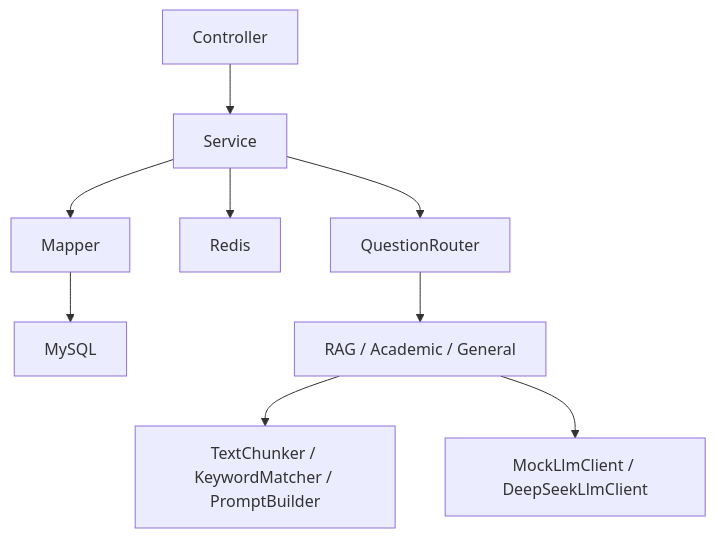
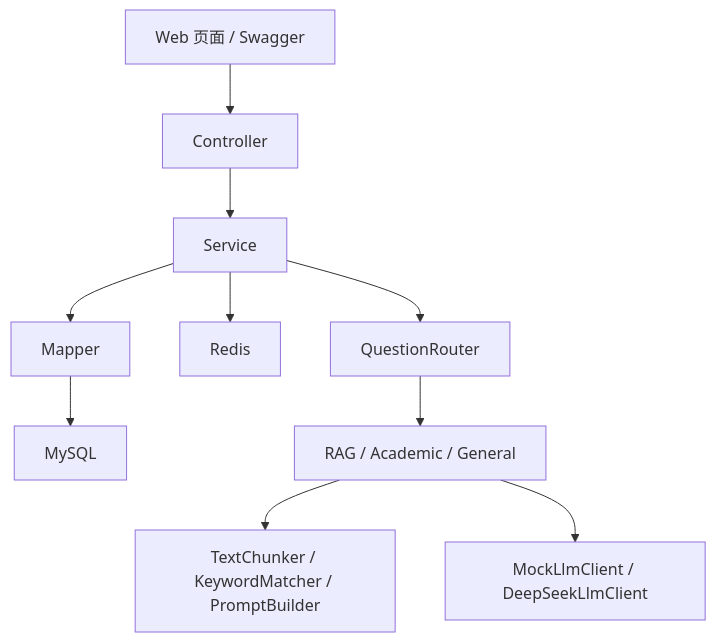
One commit to SodaWWater/campus-ai-assistant changed the first of 2 diagrams in README.md. Above: the diagram before and after it, drawn with Mermaid. The commit also changed other lines of this file, not shown here.

Commit message:
Document static web UI and clean startup path

````diff
--- a/README.md
+++ b/README.md
@@ -34,11 +36,12 @@
 ```mermaid
 flowchart TD
-    A["Controller"] --> B["Service"]
-    B --> C["Mapper"]
-    C --> D["MySQL"]
-    B --> E["Redis"]
-    B --> F["QuestionRouter"]
-    F --> G["RAG / Academic / General"]
-    G --> H["TextChunker / KeywordMatcher / PromptBuilder"]
-    G --> I["MockLlmClient / DeepSeekLlmClient"]
+    A["Web 页面 / Swagger"] --> B["Controller"]
+    B --> C["Service"]
+    C --> D["Mapper"]
+    D --> E["MySQL"]
+    C --> F["Redis"]
+    C --> G["QuestionRouter"]
+    G --> H["RAG / Academic / General"]
+    H --> I["TextChunker / KeywordMatcher / PromptBuilder"]
+    H --> J["MockLlmClient / DeepSeekLlmClient"]
 ```
````
